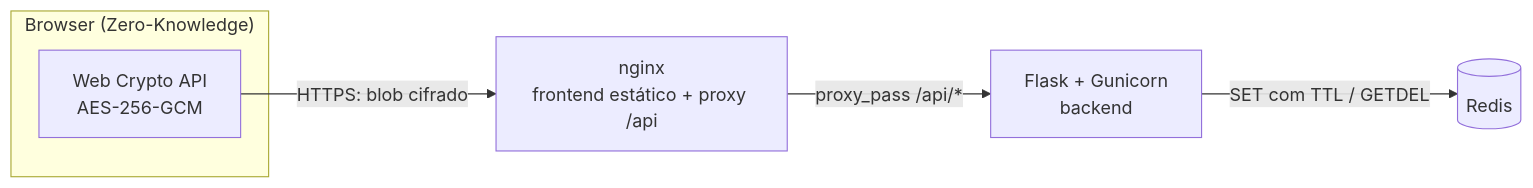
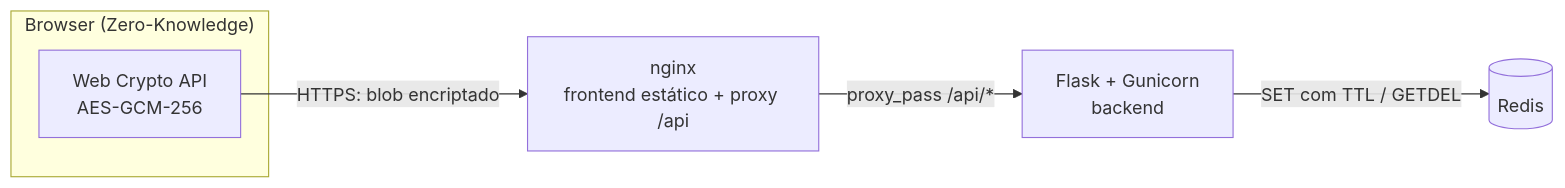
One commit to krellz/amnesia-shh changed the first of 3 diagrams in README.md. Above: the diagram before and after it, drawn with Mermaid. The commit also changed other lines of this file, not shown here.

````diff
--- a/README.md
+++ b/README.md
@@ -39,9 +38,9 @@
 ```mermaid
 flowchart LR
     subgraph Browser["Browser (Zero-Knowledge)"]
-        A[Web Crypto API<br/>AES-256-GCM]
+        A[Web Crypto API<br/>AES-GCM-256]
     end
-    A -->|HTTPS: blob cifrado| B[nginx<br/>frontend estático + proxy /api]
+    A -->|HTTPS: blob encriptado| B[nginx<br/>frontend estático + proxy /api]
     B -->|proxy_pass /api/*| C[Flask + Gunicorn<br/>backend]
     C -->|SET com TTL / GETDEL| D[(Redis)]
 ```
````
